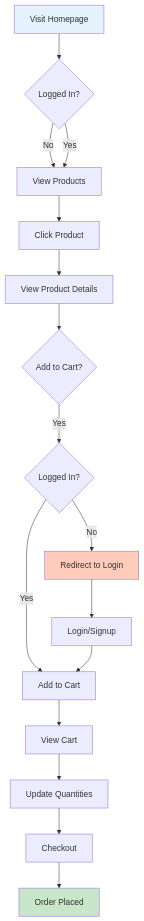
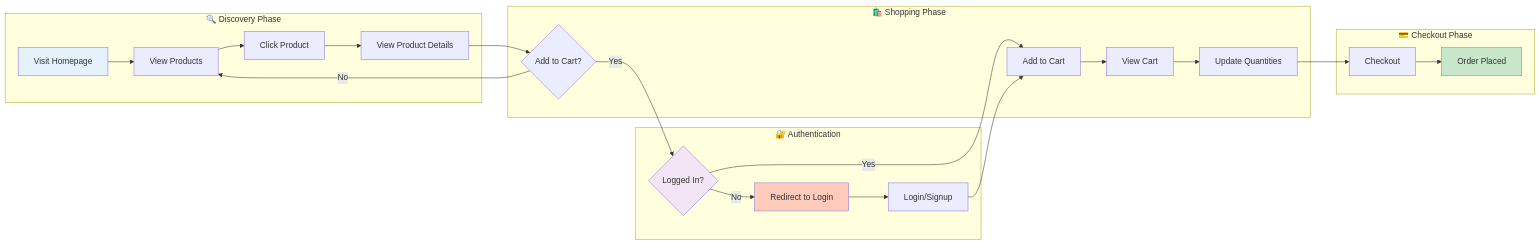
One commit to RAj2027/BasicEcom changed the fifth of 7 diagrams in README.md. Above: the diagram before and after it, drawn with Mermaid.

````diff
--- a/README.md
+++ b/README.md
@@ -614,22 +614,47 @@
 ```mermaid
-flowchart TD
-    A[Visit Homepage] --> B{Logged In?}
-    B -->|No| C[View Products]
-    B -->|Yes| C
-    C --> D[Click Product]
-    D --> E[View Product Details]
-    E --> F{Add to Cart?}
-    F -->|Yes| G{Logged In?}
-    G -->|No| H[Redirect to Login]
-    G -->|Yes| I[Add to Cart]
-    H --> J[Login/Signup]
-    J --> I
-    I --> K[View Cart]
-    K --> L[Update Quantities]
-    L --> M[Checkout]
-    M --> N[Order Placed]
+flowchart LR
+    subgraph Discovery [" 🔍 Discovery Phase"]
+        A[Visit Homepage]
+        B[View Products]
+        C[Click Product]
+        D[View Product Details]
+    end
+    
+    subgraph Authentication [" 🔐 Authentication"]
+        E{Logged In?}
+        F[Redirect to Login]
+        G[Login/Signup]
+    end
+    
+    subgraph Shopping [" 🛍️ Shopping Phase"]
+        H{Add to Cart?}
+        I[Add to Cart]
+        J[View Cart]
+        K[Update Quantities]
+    end
+    
+    subgraph Checkout [" 💳 Checkout Phase"]
+        L[Checkout]
+        M[Order Placed]
+    end
+    
+    A --> B
+    B --> C
+    C --> D
+    D --> H
+    H -->|Yes| E
+    E -->|No| F
+    E -->|Yes| I
+    F --> G
+    G --> I
+    I --> J
+    J --> K
+    K --> L
+    L --> M
+    H -->|No| B
     
     style A fill:#e3f2fd
-    style N fill:#c8e6c9
-    style H fill:#ffccbc
+    style M fill:#c8e6c9
+    style F fill:#ffccbc
+    style E fill:#f3e5f5
 ```
````
